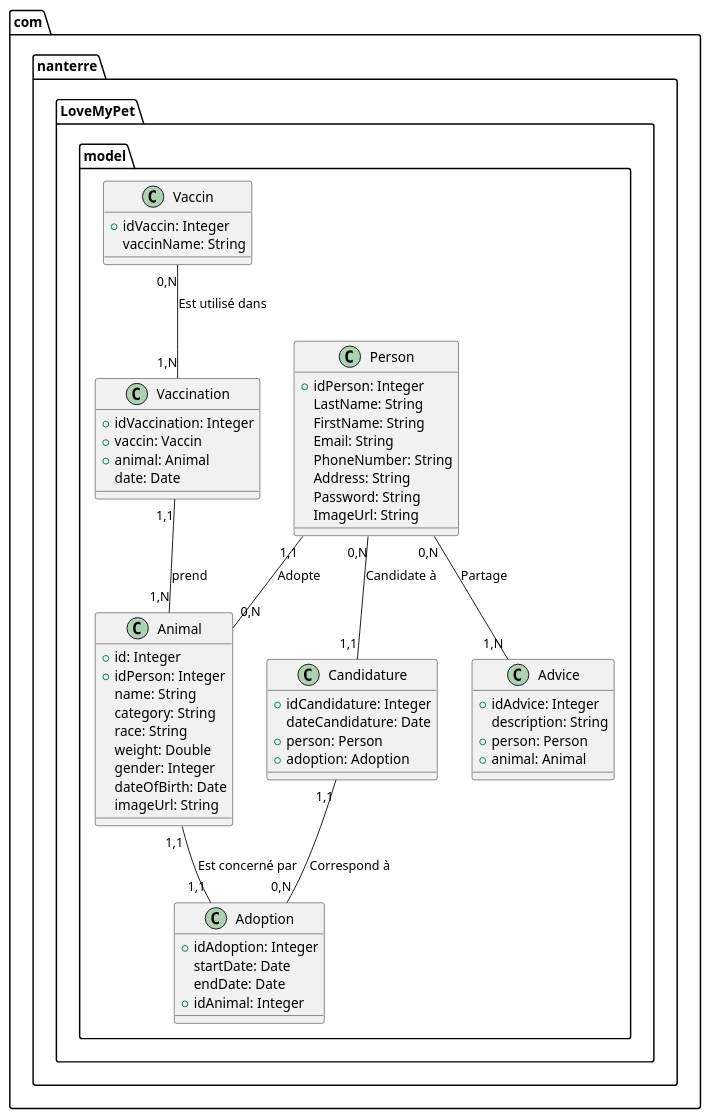
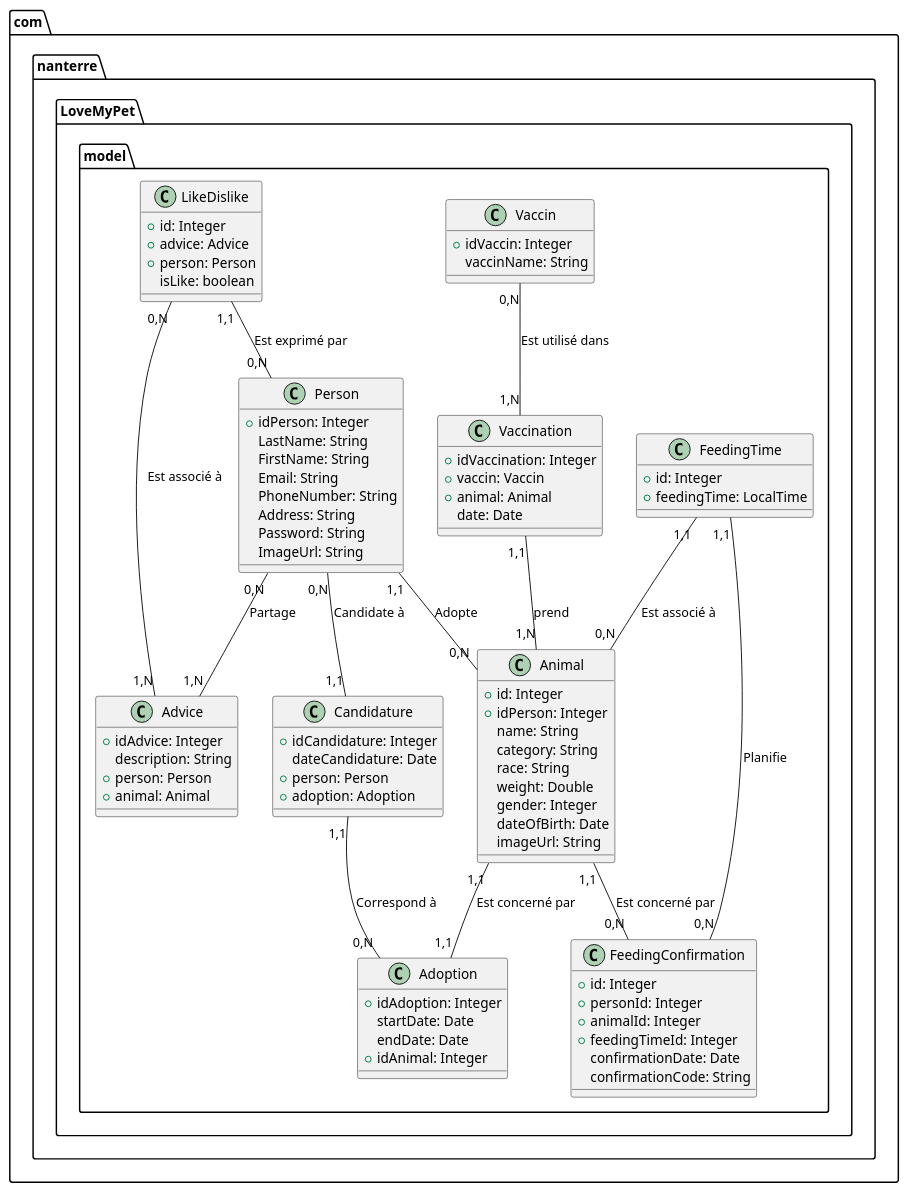
One commit to malek62-info/LoveMyPet changed the fifth of 5 diagrams in docs/documentation.adoc. Above: the diagram before and after it, drawn with PlantUML. The commit also changed other lines of this file and 13 other files, not shown here.

Commit message:
Add documentation feeding time , confirmation and advice

```diff
--- a/docs/documentation.adoc
+++ b/docs/documentation.adoc
@@ -769,6 +913,26 @@
     +person: Person
     +animal: Animal
   }
+  class LikeDislike {
+    +id: Integer
+    +advice: Advice
+    +person: Person
+    isLike: boolean
+  }
+
+  class FeedingConfirmation {
+    +id: Integer
+    +personId: Integer
+    +animalId: Integer
+    +feedingTimeId: Integer
+    confirmationDate: Date
+    confirmationCode: String
+  }
+
+  class FeedingTime {
+    +id: Integer
+    +feedingTime: LocalTime
+  }
 }
 
 Person   --  Animal : "1,1" Adopte "0,N"
@@ -778,6 +942,11 @@
 Vaccin -- Vaccination : "0,N" Est utilisé dans "1,N"
 Vaccination -- Animal : "1,1" prend "1,N"
 Person -- Advice : "0,N" Partage "1,N"
+LikeDislike -- Person : "1,1" Est exprimé par "0,N"
+Animal -- FeedingConfirmation : "1,1" Est concerné par "0,N"
+FeedingTime -- FeedingConfirmation : "1,1" Planifie "0,N"
+FeedingTime -- Animal : "1,1" Est associé à "0,N"
+LikeDislike -- Advice : "0,N" Est associé à "1,N"
 
 
 @enduml
```
